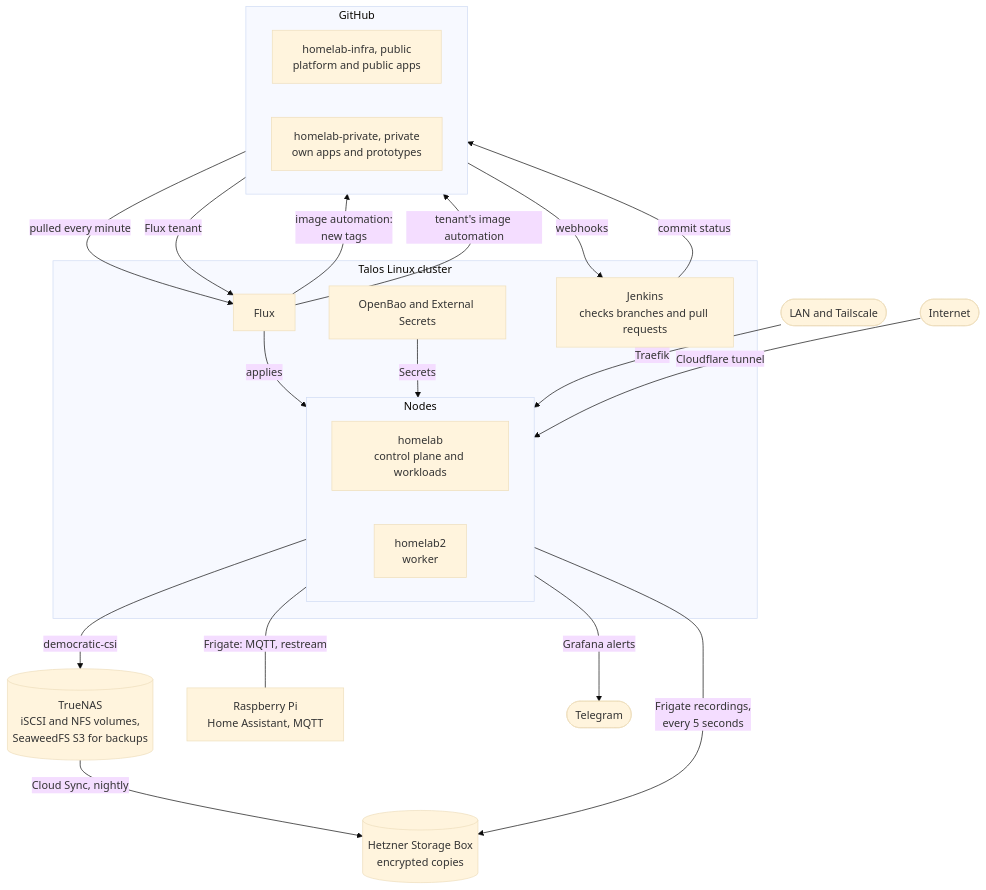
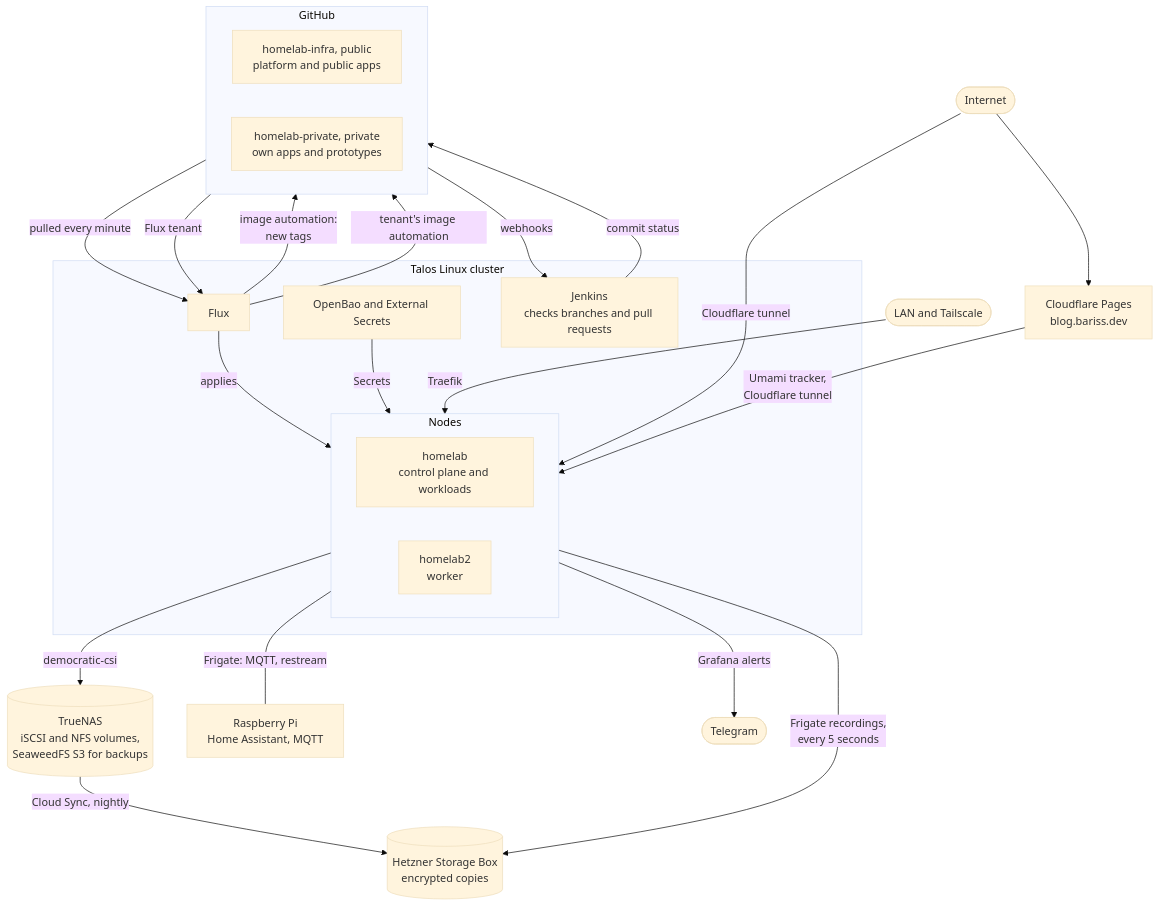
One commit to barissekerciler/homelab-infra changed the first of 4 diagrams in docs/gitops.md. Above: the diagram before and after it, drawn with Mermaid (base theme). The commit also changed other lines of this file and 2 other files, not shown here.

Commit message:
Show the blog on Cloudflare Pages in the overview, and explain the public tracker and the single sign-in host

````diff
--- a/docs/gitops.md
+++ b/docs/gitops.md
@@ -10,42 +10,45 @@
 ```mermaid
 flowchart TB
   subgraph github["GitHub"]
     direction LR
     infra["homelab-infra, public<br/>platform and public apps"]
     private["homelab-private, private<br/>own apps and prototypes"]
   end
 
   subgraph cluster["Talos Linux cluster"]
     flux["Flux"]
     subgraph nodes["Nodes"]
       direction LR
       cp["homelab<br/>control plane and workloads"]
       worker["homelab2<br/>worker"]
     end
     secrets["OpenBao and External Secrets"]
     jenkins["Jenkins<br/>checks branches and pull requests"]
   end
 
   nas[("TrueNAS<br/>iSCSI and NFS volumes,<br/>SeaweedFS S3 for backups")]
   offsite[("Hetzner Storage Box<br/>encrypted copies")]
   pi["Raspberry Pi<br/>Home Assistant, MQTT"]
   lan(["LAN and Tailscale"])
   internet(["Internet"])
+  pages["Cloudflare Pages<br/>blog.bariss.dev"]
   telegram(["Telegram"])
 
   infra -- "webhooks" --> jenkins
   jenkins -- "commit status" --> infra
   infra -- "pulled every minute" --> flux
   flux -- "image automation:<br/>new tags" --> infra
   flux -- "tenant's image automation" --> private
   private -- "Flux tenant" --> flux
   flux -- "applies" --> nodes
   secrets -- "Secrets" --> nodes
   nodes -- "democratic-csi" --> nas
   nas -- "Cloud Sync, nightly" --> offsite
   nodes -- "Frigate recordings,<br/>every 5 seconds" --> offsite
   nodes -- "Frigate: MQTT, restream" --- pi
   lan -- "Traefik" --> nodes
   internet -- "Cloudflare tunnel" --> nodes
+  internet --> pages
+  pages -- "Umami tracker,<br/>Cloudflare tunnel" --> nodes
   nodes -- "Grafana alerts" --> telegram
 ```
````
